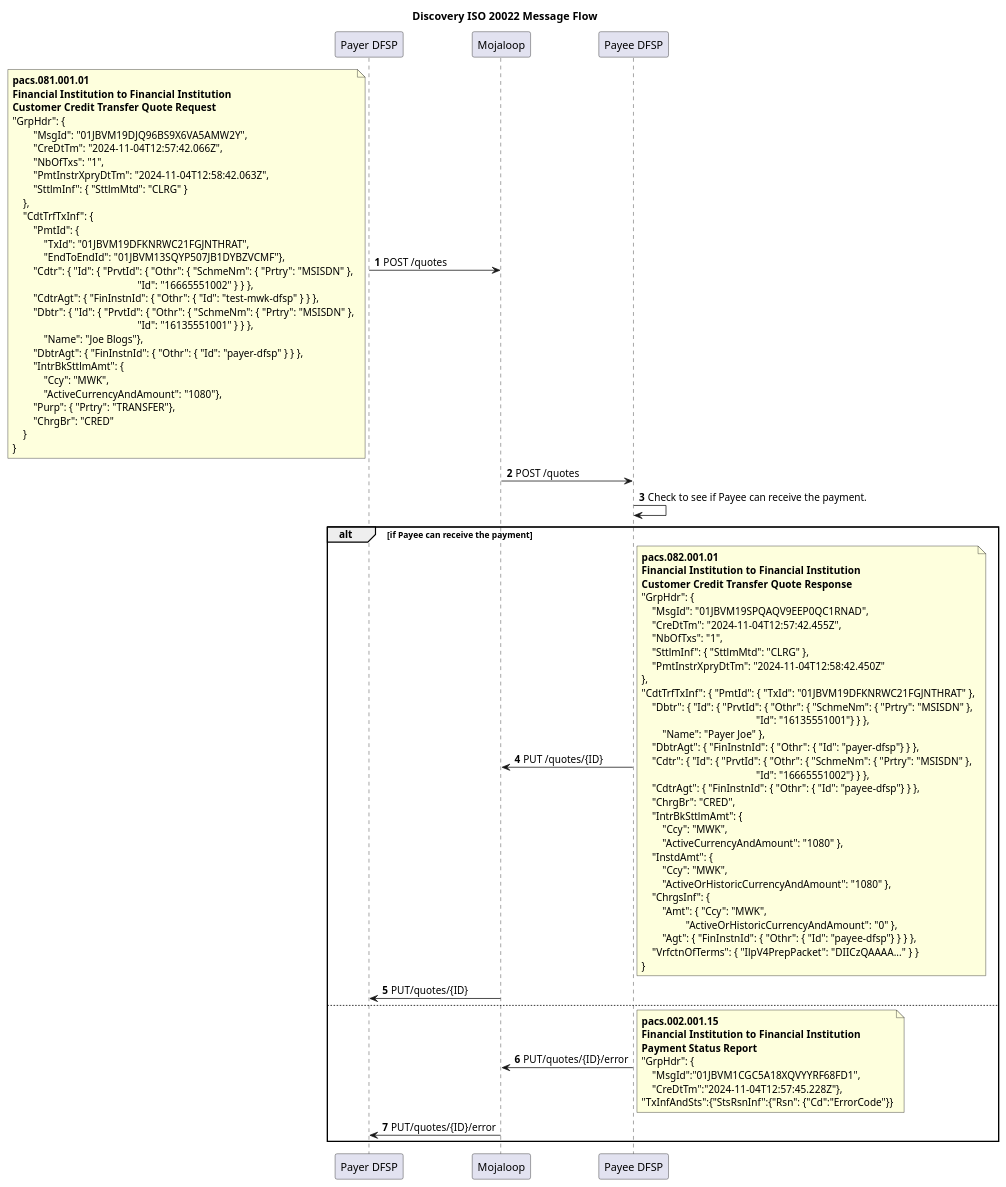
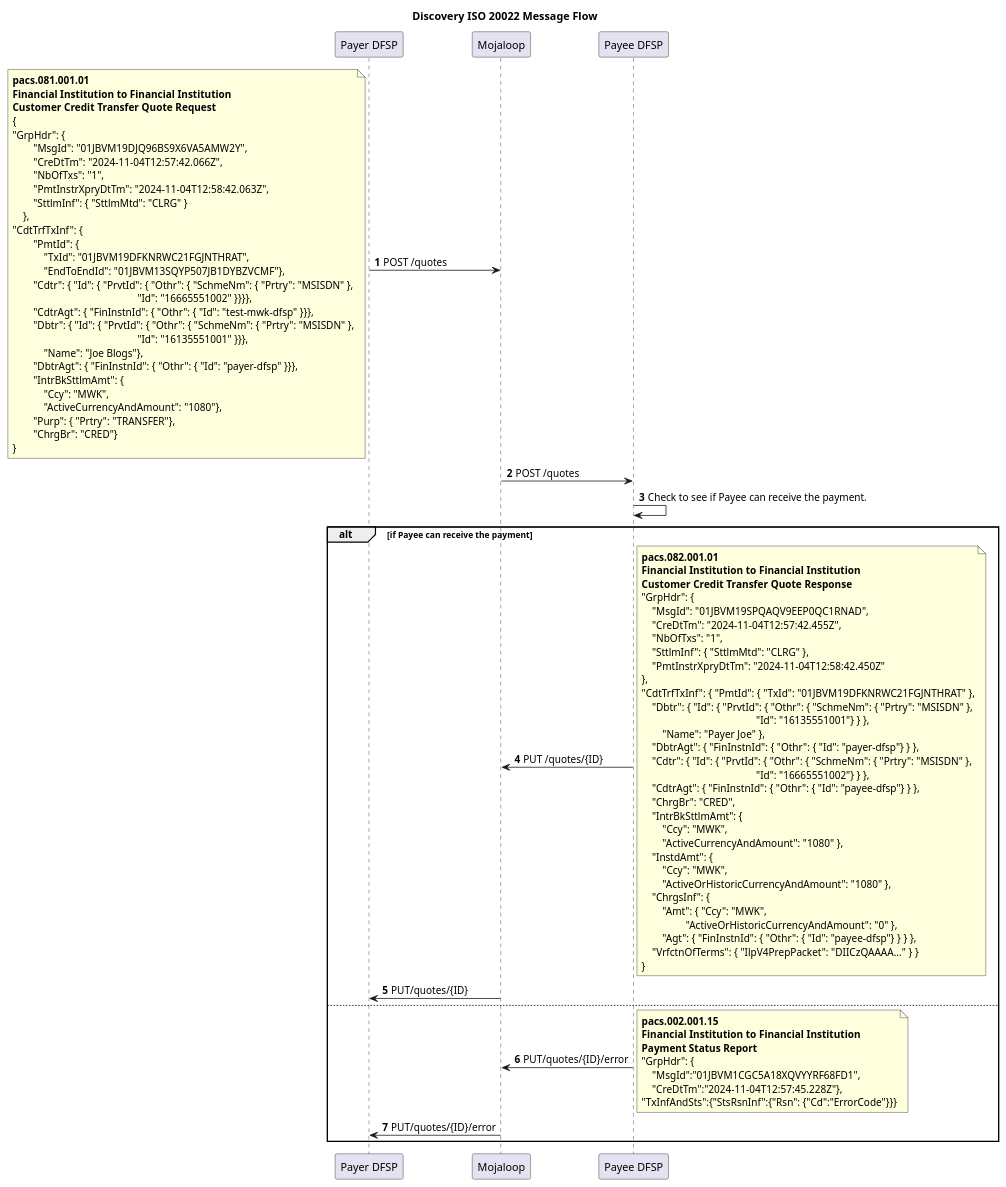
Before and after one commit to mojaloop/iso-20022-docs: the diagram in Workstream documents/MarketPracticeDoc/SequenceDiagrams/Agreement.plantuml, drawn with PlantUML. The commit also changed 50 other files, not shown here.

Commit message:
Added script to generate tables from Open API specification and XML ISO 20022 schema definitions. Completed message definitions.

```diff
--- a/Workstream documents/MarketPracticeDoc/SequenceDiagrams/Agreement.plantuml
+++ b/Workstream documents/MarketPracticeDoc/SequenceDiagrams/Agreement.plantuml
@@ -1,96 +1,96 @@
 @startuml
 
 Title Discovery ISO 20022 Message Flow
 participant PayerDFSP as "Payer DFSP"
 participant Mojaloop as "Mojaloop"
 participant PayeeDFSP as "Payee DFSP"
 
 autonumber
 
 PayerDFSP -> Mojaloop: POST /quotes
 note left
 **pacs.081.001.01**
 **Financial Institution to Financial Institution** 
 **Customer Credit Transfer Quote Request**
+{
 "GrpHdr": {
         "MsgId": "01JBVM19DJQ96BS9X6VA5AMW2Y",
         "CreDtTm": "2024-11-04T12:57:42.066Z",
         "NbOfTxs": "1",
         "PmtInstrXpryDtTm": "2024-11-04T12:58:42.063Z",
         "SttlmInf": { "SttlmMtd": "CLRG" }
     },
-    "CdtTrfTxInf": {
+"CdtTrfTxInf": {
         "PmtId": {
             "TxId": "01JBVM19DFKNRWC21FGJNTHRAT",
             "EndToEndId": "01JBVM13SQYP507JB1DYBZVCMF"},
         "Cdtr": { "Id": { "PrvtId": { "Othr": { "SchmeNm": { "Prtry": "MSISDN" },
-                                                "Id": "16665551002" } } },
-        "CdtrAgt": { "FinInstnId": { "Othr": { "Id": "test-mwk-dfsp" } } },
+                                                "Id": "16665551002" }}}},
+        "CdtrAgt": { "FinInstnId": { "Othr": { "Id": "test-mwk-dfsp" }}},
         "Dbtr": { "Id": { "PrvtId": { "Othr": { "SchmeNm": { "Prtry": "MSISDN" },
-                                                "Id": "16135551001" } } },
+                                                "Id": "16135551001" }}},
             "Name": "Joe Blogs"},
-        "DbtrAgt": { "FinInstnId": { "Othr": { "Id": "payer-dfsp" } } },
+        "DbtrAgt": { "FinInstnId": { "Othr": { "Id": "payer-dfsp" }}},
         "IntrBkSttlmAmt": {
             "Ccy": "MWK",
             "ActiveCurrencyAndAmount": "1080"},
         "Purp": { "Prtry": "TRANSFER"},
-        "ChrgBr": "CRED"
-    }
+        "ChrgBr": "CRED"}
 }
 end note
 Mojaloop -> PayeeDFSP: POST /quotes
 PayeeDFSP -> PayeeDFSP: Check to see if Payee can receive the payment.  
 alt if Payee can receive the payment
 PayeeDFSP -> Mojaloop: PUT /quotes/{ID}
 note right
 **pacs.082.001.01**
 **Financial Institution to Financial Institution** 
 **Customer Credit Transfer Quote Response**
 "GrpHdr": {
     "MsgId": "01JBVM19SPQAQV9EEP0QC1RNAD",
     "CreDtTm": "2024-11-04T12:57:42.455Z",
     "NbOfTxs": "1",
     "SttlmInf": { "SttlmMtd": "CLRG" },
     "PmtInstrXpryDtTm": "2024-11-04T12:58:42.450Z"
 },
 "CdtTrfTxInf": { "PmtId": { "TxId": "01JBVM19DFKNRWC21FGJNTHRAT" },
     "Dbtr": { "Id": { "PrvtId": { "Othr": { "SchmeNm": { "Prtry": "MSISDN" },
                                             "Id": "16135551001"} } },
         "Name": "Payer Joe" },
     "DbtrAgt": { "FinInstnId": { "Othr": { "Id": "payer-dfsp"} } },
     "Cdtr": { "Id": { "PrvtId": { "Othr": { "SchmeNm": { "Prtry": "MSISDN" },
                                             "Id": "16665551002"} } },
     "CdtrAgt": { "FinInstnId": { "Othr": { "Id": "payee-dfsp"} } },
     "ChrgBr": "CRED",
     "IntrBkSttlmAmt": {
         "Ccy": "MWK",
         "ActiveCurrencyAndAmount": "1080" },
     "InstdAmt": {
         "Ccy": "MWK",
         "ActiveOrHistoricCurrencyAndAmount": "1080" },
     "ChrgsInf": {
         "Amt": { "Ccy": "MWK",
                  "ActiveOrHistoricCurrencyAndAmount": "0" },
         "Agt": { "FinInstnId": { "Othr": { "Id": "payee-dfsp"} } } },
     "VrfctnOfTerms": { "IlpV4PrepPacket": "DIICzQAAAA..." } }
 }
 end note
 Mojaloop -> PayerDFSP: PUT/quotes/{ID}
 
 else
 
 PayeeDFSP -> Mojaloop: PUT/quotes/{ID}/error 
 note right
 **pacs.002.001.15**
 **Financial Institution to Financial Institution** 
 **Payment Status Report**
 "GrpHdr": {
     "MsgId":"01JBVM1CGC5A18XQVYYRF68FD1",
     "CreDtTm":"2024-11-04T12:57:45.228Z"},
-"TxInfAndSts":{"StsRsnInf":{"Rsn": {"Cd":"ErrorCode"}}
+"TxInfAndSts":{"StsRsnInf":{"Rsn": {"Cd":"ErrorCode"}}}
 end note
 Mojaloop -> PayerDFSP: PUT/quotes/{ID}/error 
 
 end
 
 @enduml
```
